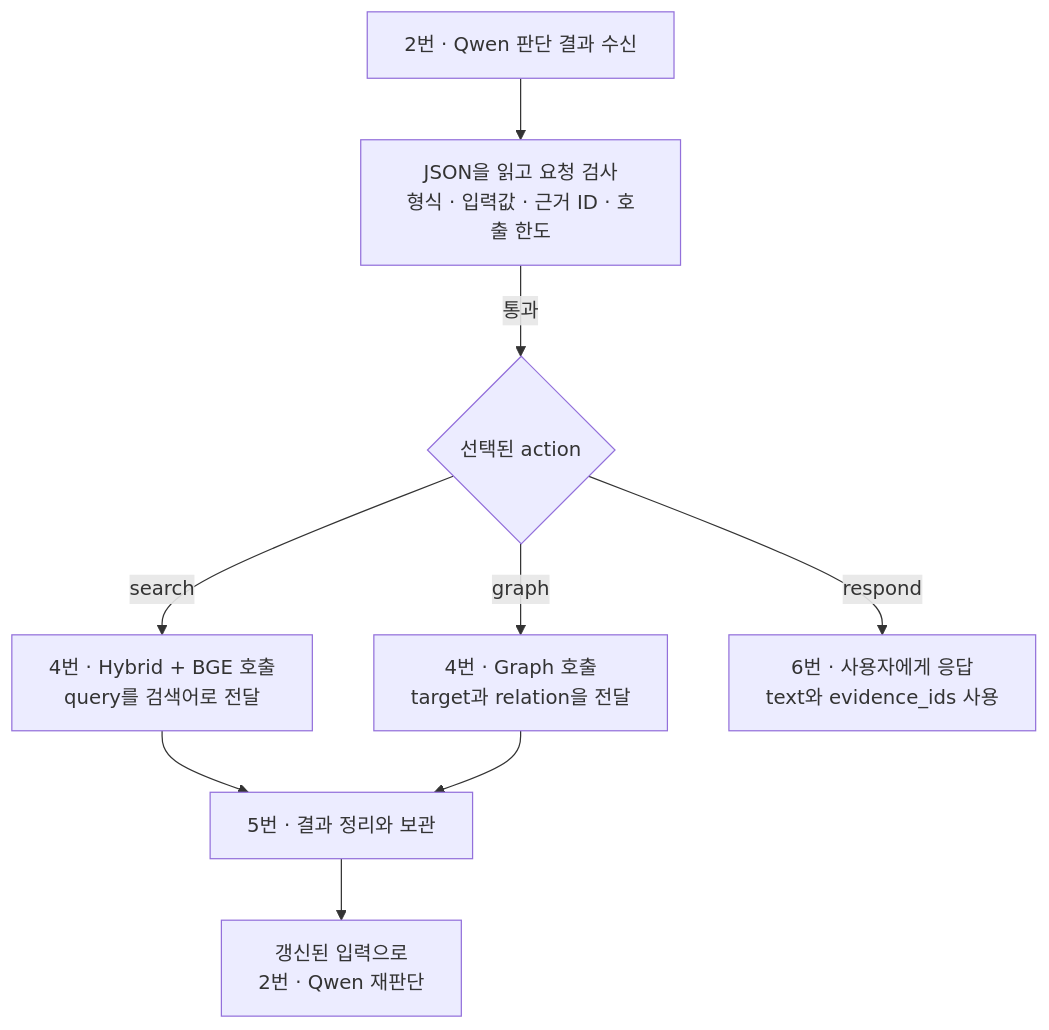
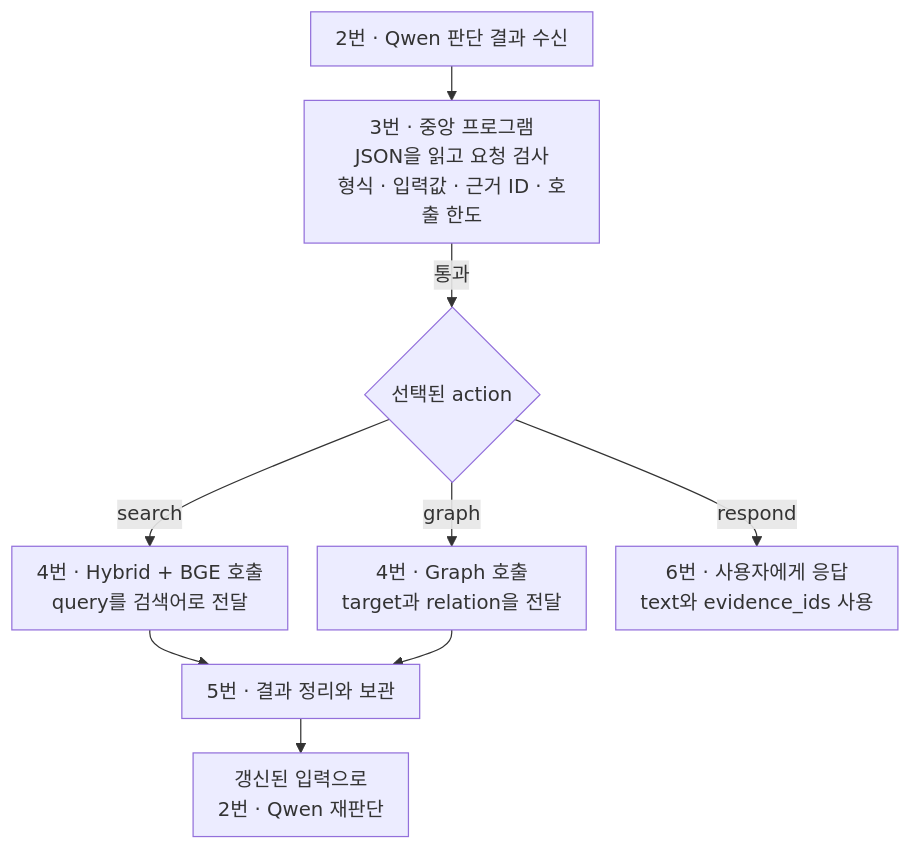
Before and after one commit to westiion/Civic-Link: the second of 2 diagrams in week8/AGENT.md, drawn with Mermaid. The commit also changed 1 other file, not shown here.

Commit message:
docs: 실행 관리 흐름도 크기 조정 및 단계 번호 보완

````diff
--- a/week8/AGENT.md
+++ b/week8/AGENT.md
@@ -101,11 +101,20 @@
 ```mermaid
+---
+config:
+  themeVariables:
+    fontSize: "16px"
+  flowchart:
+    nodeSpacing: 24
+    rankSpacing: 28
+    padding: 10
+---
 flowchart TD
-    Q["2번 · Qwen 판단 결과 수신"] --> V["JSON을 읽고 요청 검사<br/>형식 · 입력값 · 근거 ID · 호출 한도"]
+    Q["2번 · Qwen 판단 결과 수신"] --> V["3번 · 중앙 프로그램<br/>JSON을 읽고 요청 검사<br/>형식 · 입력값 · 근거 ID · 호출 한도"]
     V -->|통과| A{"선택된 action"}
     A -->|search| S["4번 · Hybrid + BGE 호출<br/>query를 검색어로 전달"]
     A -->|graph| G["4번 · Graph 호출<br/>target과 relation을 전달"]
     A -->|respond| F["6번 · 사용자에게 응답<br/>text와 evidence_ids 사용"]
     S --> R["5번 · 결과 정리와 보관"]
     G --> R
     R --> N["갱신된 입력으로<br/>2번 · Qwen 재판단"]
 ```
````
